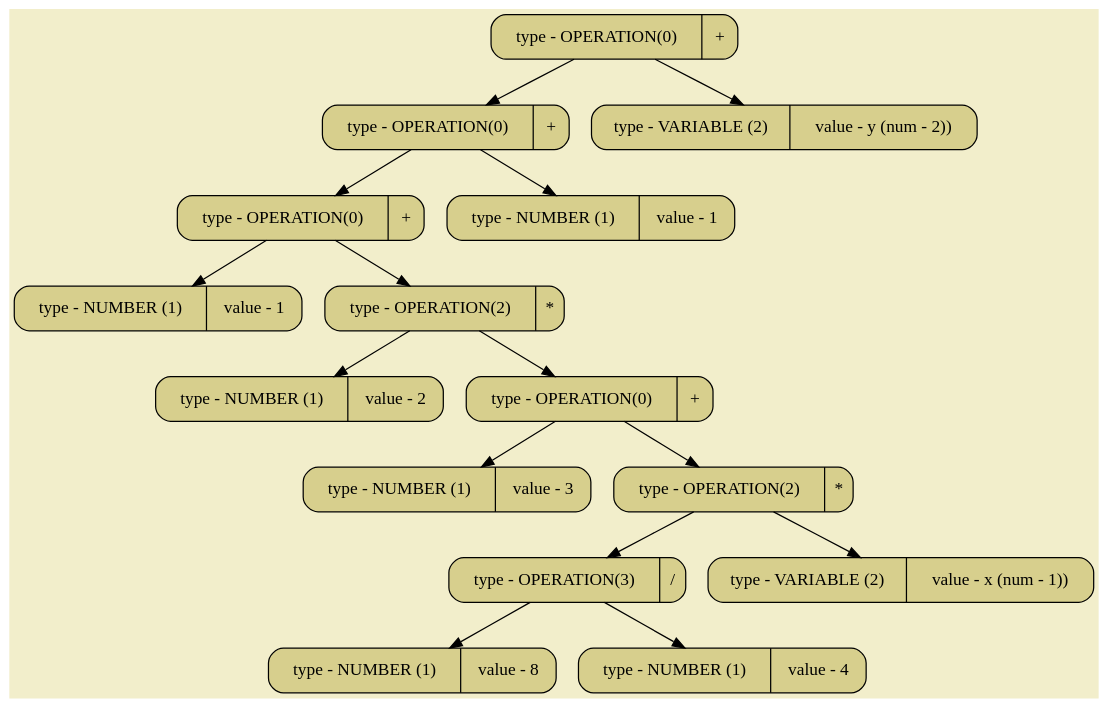
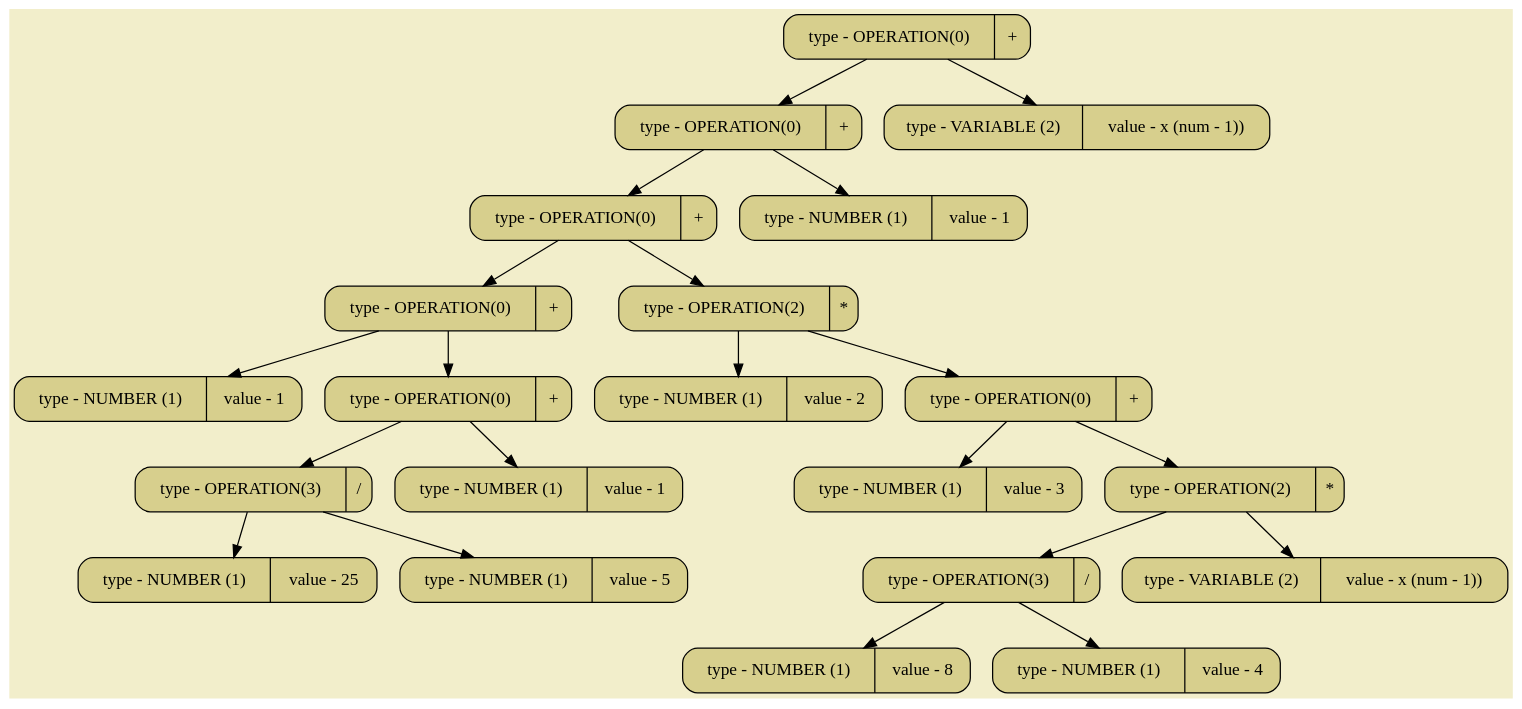
The diagram in pictures/image01.dot (SashaKhaytina/Differenciator), drawn with Graphviz before and after one commit. The commit also changed 18 other files, not shown here.

```diff
--- a/pictures/image01.dot
+++ b/pictures/image01.dot
@@ -1,34 +1,46 @@
 digraph
 {
 bgcolor="#F2EECB";
 rankdir = TB;
-POINT_0x5fe5ba3a3650[shape=Mrecord, label = "type - OPERATION(0) | +", style="filled",fillcolor="#D7CF8D"]
-POINT_0x5fe5ba3a3610[shape=Mrecord, label = "type - OPERATION(0) | +", style="filled",fillcolor="#D7CF8D"]
-POINT_0x5fe5ba3a35d0[shape=Mrecord, label = "type - OPERATION(0) | +", style="filled",fillcolor="#D7CF8D"]
-POINT_0x5fe5ba3a3490[shape=Mrecord, label = "type - NUMBER (1) | value - 1", style="filled",fillcolor="#D7CF8D"]
-POINT_0x5fe5ba3a35b0[shape=Mrecord, label = "type - OPERATION(2) | *", style="filled",fillcolor="#D7CF8D"]
-POINT_0x5fe5ba3a34b0[shape=Mrecord, label = "type - NUMBER (1) | value - 2", style="filled",fillcolor="#D7CF8D"]
-POINT_0x5fe5ba3a3590[shape=Mrecord, label = "type - OPERATION(0) | +", style="filled",fillcolor="#D7CF8D"]
-POINT_0x5fe5ba3a34d0[shape=Mrecord, label = "type - NUMBER (1) | value - 3", style="filled",fillcolor="#D7CF8D"]
-POINT_0x5fe5ba3a3570[shape=Mrecord, label = "type - OPERATION(2) | *", style="filled",fillcolor="#D7CF8D"]
-POINT_0x5fe5ba3a3530[shape=Mrecord, label = "type - OPERATION(3) | /", style="filled",fillcolor="#D7CF8D"]
-POINT_0x5fe5ba3a34f0[shape=Mrecord, label = "type - NUMBER (1) | value - 8", style="filled",fillcolor="#D7CF8D"]
-POINT_0x5fe5ba3a3510[shape=Mrecord, label = "type - NUMBER (1) | value - 4", style="filled",fillcolor="#D7CF8D"]
-POINT_0x5fe5ba3a3550[shape=Mrecord, label = "type - VARIABLE (2) | value - x (num - 1))", style="filled",fillcolor="#D7CF8D"]
-POINT_0x5fe5ba3a35f0[shape=Mrecord, label = "type - NUMBER (1) | value - 1", style="filled",fillcolor="#D7CF8D"]
-POINT_0x5fe5ba3a3630[shape=Mrecord, label = "type - VARIABLE (2) | value - y (num - 2))", style="filled",fillcolor="#D7CF8D"]
-POINT_0x5fe5ba3a3650 -> POINT_0x5fe5ba3a3610
-POINT_0x5fe5ba3a3650 -> POINT_0x5fe5ba3a3630
-POINT_0x5fe5ba3a3610 -> POINT_0x5fe5ba3a35d0
-POINT_0x5fe5ba3a3610 -> POINT_0x5fe5ba3a35f0
-POINT_0x5fe5ba3a35d0 -> POINT_0x5fe5ba3a3490
-POINT_0x5fe5ba3a35d0 -> POINT_0x5fe5ba3a35b0
-POINT_0x5fe5ba3a35b0 -> POINT_0x5fe5ba3a34b0
-POINT_0x5fe5ba3a35b0 -> POINT_0x5fe5ba3a3590
-POINT_0x5fe5ba3a3590 -> POINT_0x5fe5ba3a34d0
-POINT_0x5fe5ba3a3590 -> POINT_0x5fe5ba3a3570
-POINT_0x5fe5ba3a3570 -> POINT_0x5fe5ba3a3530
-POINT_0x5fe5ba3a3570 -> POINT_0x5fe5ba3a3550
-POINT_0x5fe5ba3a3530 -> POINT_0x5fe5ba3a34f0
-POINT_0x5fe5ba3a3530 -> POINT_0x5fe5ba3a3510
+POINT_0x59bed1ea46e8[shape=Mrecord, label = "type - OPERATION(0) | +", style="filled",fillcolor="#D7CF8D"]
+POINT_0x59bed1ea46b8[shape=Mrecord, label = "type - OPERATION(0) | +", style="filled",fillcolor="#D7CF8D"]
+POINT_0x59bed1ea4568[shape=Mrecord, label = "type - OPERATION(0) | +", style="filled",fillcolor="#D7CF8D"]
+POINT_0x59bed1ea44a8[shape=Mrecord, label = "type - OPERATION(0) | +", style="filled",fillcolor="#D7CF8D"]
+POINT_0x59bed1ea4490[shape=Mrecord, label = "type - NUMBER (1) | value - 1", style="filled",fillcolor="#D7CF8D"]
+POINT_0x59bed1ea4520[shape=Mrecord, label = "type - OPERATION(0) | +", style="filled",fillcolor="#D7CF8D"]
+POINT_0x59bed1ea44f0[shape=Mrecord, label = "type - OPERATION(3) | /", style="filled",fillcolor="#D7CF8D"]
+POINT_0x59bed1ea44d8[shape=Mrecord, label = "type - NUMBER (1) | value - 25", style="filled",fillcolor="#D7CF8D"]
+POINT_0x59bed1ea4508[shape=Mrecord, label = "type - NUMBER (1) | value - 5", style="filled",fillcolor="#D7CF8D"]
+POINT_0x59bed1ea4538[shape=Mrecord, label = "type - NUMBER (1) | value - 1", style="filled",fillcolor="#D7CF8D"]
+POINT_0x59bed1ea4598[shape=Mrecord, label = "type - OPERATION(2) | *", style="filled",fillcolor="#D7CF8D"]
+POINT_0x59bed1ea4580[shape=Mrecord, label = "type - NUMBER (1) | value - 2", style="filled",fillcolor="#D7CF8D"]
+POINT_0x59bed1ea45e0[shape=Mrecord, label = "type - OPERATION(0) | +", style="filled",fillcolor="#D7CF8D"]
+POINT_0x59bed1ea45c8[shape=Mrecord, label = "type - NUMBER (1) | value - 3", style="filled",fillcolor="#D7CF8D"]
+POINT_0x59bed1ea4670[shape=Mrecord, label = "type - OPERATION(2) | *", style="filled",fillcolor="#D7CF8D"]
+POINT_0x59bed1ea4610[shape=Mrecord, label = "type - OPERATION(3) | /", style="filled",fillcolor="#D7CF8D"]
+POINT_0x59bed1ea45f8[shape=Mrecord, label = "type - NUMBER (1) | value - 8", style="filled",fillcolor="#D7CF8D"]
+POINT_0x59bed1ea4640[shape=Mrecord, label = "type - NUMBER (1) | value - 4", style="filled",fillcolor="#D7CF8D"]
+POINT_0x59bed1ea4688[shape=Mrecord, label = "type - VARIABLE (2) | value - x (num - 1))", style="filled",fillcolor="#D7CF8D"]
+POINT_0x59bed1ea46d0[shape=Mrecord, label = "type - NUMBER (1) | value - 1", style="filled",fillcolor="#D7CF8D"]
+POINT_0x59bed1ea4700[shape=Mrecord, label = "type - VARIABLE (2) | value - x (num - 1))", style="filled",fillcolor="#D7CF8D"]
+POINT_0x59bed1ea46e8 -> POINT_0x59bed1ea46b8
+POINT_0x59bed1ea46e8 -> POINT_0x59bed1ea4700
+POINT_0x59bed1ea46b8 -> POINT_0x59bed1ea4568
+POINT_0x59bed1ea46b8 -> POINT_0x59bed1ea46d0
+POINT_0x59bed1ea4568 -> POINT_0x59bed1ea44a8
+POINT_0x59bed1ea4568 -> POINT_0x59bed1ea4598
+POINT_0x59bed1ea44a8 -> POINT_0x59bed1ea4490
+POINT_0x59bed1ea44a8 -> POINT_0x59bed1ea4520
+POINT_0x59bed1ea4520 -> POINT_0x59bed1ea44f0
+POINT_0x59bed1ea4520 -> POINT_0x59bed1ea4538
+POINT_0x59bed1ea44f0 -> POINT_0x59bed1ea44d8
+POINT_0x59bed1ea44f0 -> POINT_0x59bed1ea4508
+POINT_0x59bed1ea4598 -> POINT_0x59bed1ea4580
+POINT_0x59bed1ea4598 -> POINT_0x59bed1ea45e0
+POINT_0x59bed1ea45e0 -> POINT_0x59bed1ea45c8
+POINT_0x59bed1ea45e0 -> POINT_0x59bed1ea4670
+POINT_0x59bed1ea4670 -> POINT_0x59bed1ea4610
+POINT_0x59bed1ea4670 -> POINT_0x59bed1ea4688
+POINT_0x59bed1ea4610 -> POINT_0x59bed1ea45f8
+POINT_0x59bed1ea4610 -> POINT_0x59bed1ea4640
 }
```
